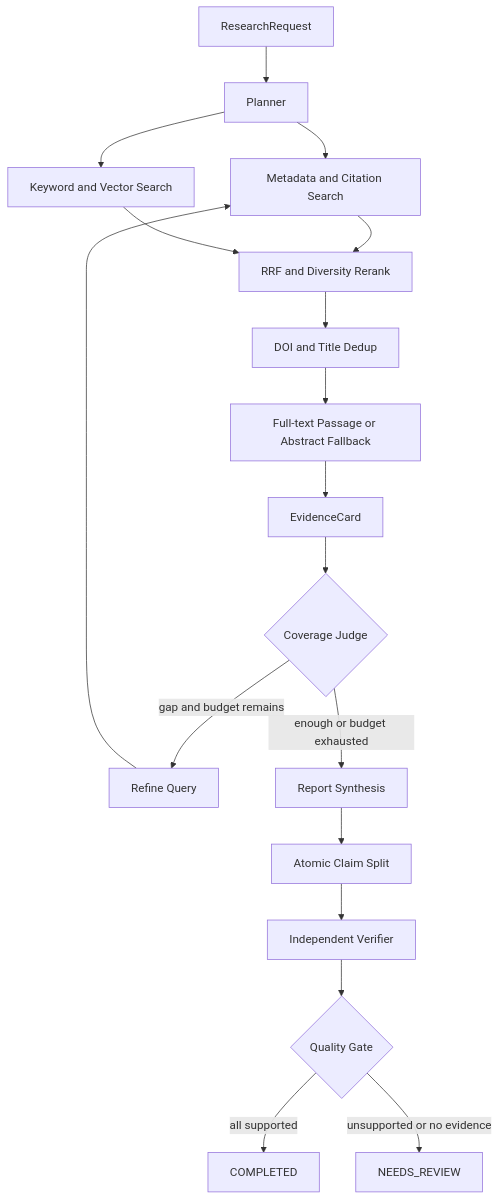
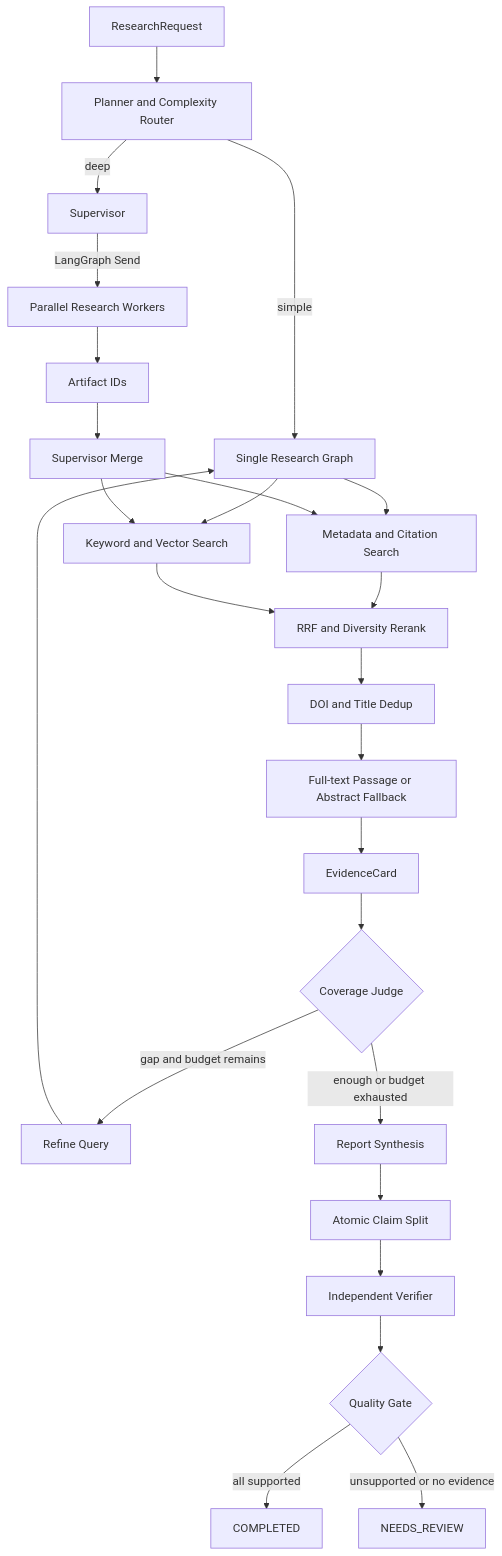
The diagram in docs/architecture.md (luxiaohongzb/research-agent-python-lab), drawn with Mermaid before and after one commit. The commit also changed other lines of this file and 17 other files, not shown here.

Commit message:
feat: add adaptive multi-agent research workers

````diff
--- a/docs/architecture.md
+++ b/docs/architecture.md
@@ -7,20 +7,27 @@
 ```mermaid
 flowchart TD
-    A[ResearchRequest] --> B[Planner]
-    B --> C[Metadata and Citation Search]
-    B --> D[Keyword and Vector Search]
-    C --> E[RRF and Diversity Rerank]
+    A[ResearchRequest] --> B[Planner and Complexity Router]
+    B -->|simple| C[Single Research Graph]
+    B -->|deep| Q[Supervisor]
+    Q -->|LangGraph Send| R[Parallel Research Workers]
+    R --> S[Artifact IDs]
+    S --> T[Supervisor Merge]
+    C --> D[Keyword and Vector Search]
+    T --> D
+    C --> U[Metadata and Citation Search]
+    T --> U
+    U --> E[RRF and Diversity Rerank]
     D --> E
     E --> N[DOI and Title Dedup]
     N --> O[Full-text Passage or Abstract Fallback]
     O --> P[EvidenceCard]
     P --> F{Coverage Judge}
     F -->|gap and budget remains| G[Refine Query]
     G --> C
     F -->|enough or budget exhausted| H[Report Synthesis]
     H --> I[Atomic Claim Split]
     I --> J[Independent Verifier]
     J --> K{Quality Gate}
     K -->|all supported| L[COMPLETED]
     K -->|unsupported or no evidence| M[NEEDS_REVIEW]
 ```
````
